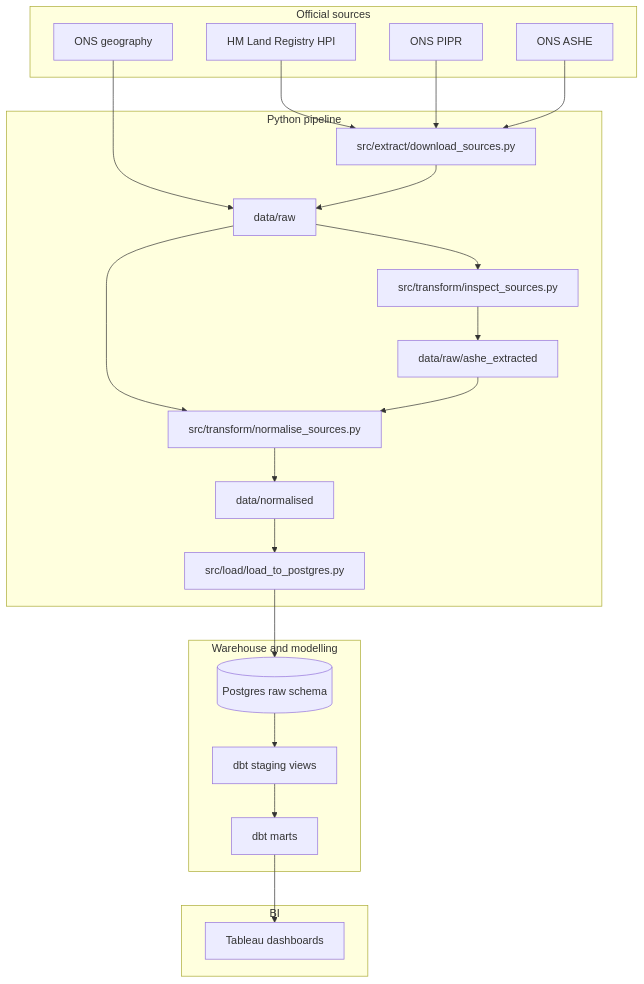
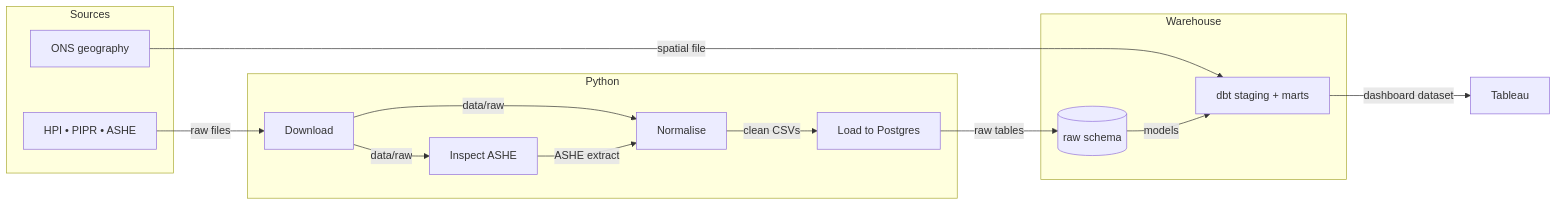
The diagram in README.md (aosman101/london-housing-analytics), drawn with Mermaid before and after one commit.

Commit message:
Revise architecture diagram for clarity and conciseness, updating flowchart structure and labels

````diff
--- a/README.md
+++ b/README.md
@@ -37,45 +37,31 @@
 ```mermaid
-flowchart TD
-    subgraph S[Official sources]
-        HPI[HM Land Registry HPI]
-        PIPR[ONS PIPR]
-        ASHE[ONS ASHE]
+flowchart LR
+    subgraph A[Sources]
+        SRC[HPI • PIPR • ASHE]
         GEO[ONS geography]
     end
 
-    subgraph P[Python pipeline]
-        EX[src/extract/download_sources.py]
-        RAW[data/raw]
-        INS[src/transform/inspect_sources.py]
-        EXT[data/raw/ashe_extracted]
-        NORM[src/transform/normalise_sources.py]
-        CLEAN[data/normalised]
-        LOAD[src/load/load_to_postgres.py]
+    subgraph B[Python]
+        EX[Download]
+        INS[Inspect ASHE]
+        NORM[Normalise]
+        LOAD[Load to Postgres]
     end
 
-    subgraph W[Warehouse and modelling]
-        RAWDB[(Postgres raw schema)]
-        STG[dbt staging views]
-        MARTS[dbt marts]
+    subgraph C[Warehouse]
+        RAW[(raw schema)]
+        DBT[dbt staging + marts]
     end
 
-    subgraph B[BI]
-        TAB[Tableau dashboards]
-    end
+    TAB[Tableau]
 
-    HPI --> EX
-    PIPR --> EX
-    ASHE --> EX
-    GEO --> RAW
-    EX --> RAW
-    RAW --> INS
-    INS --> EXT
-    RAW --> NORM
-    EXT --> NORM
-    NORM --> CLEAN
-    CLEAN --> LOAD
-    LOAD --> RAWDB
-    RAWDB --> STG
-    STG --> MARTS
-    MARTS --> TAB
+    SRC -->|raw files| EX
+    EX -->|data/raw| INS
+    EX -->|data/raw| NORM
+    INS -->|ASHE extract| NORM
+    GEO -->|spatial file| DBT
+    NORM -->|clean CSVs| LOAD
+    LOAD -->|raw tables| RAW
+    RAW -->|models| DBT
+    DBT -->|dashboard dataset| TAB
 ```
````
